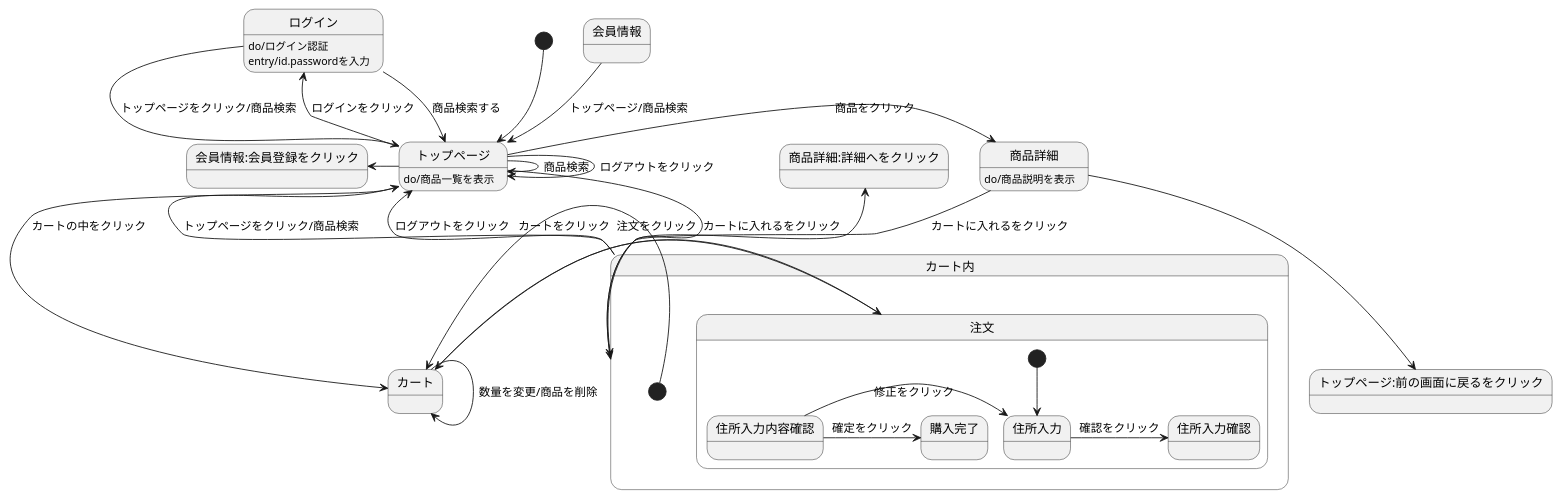
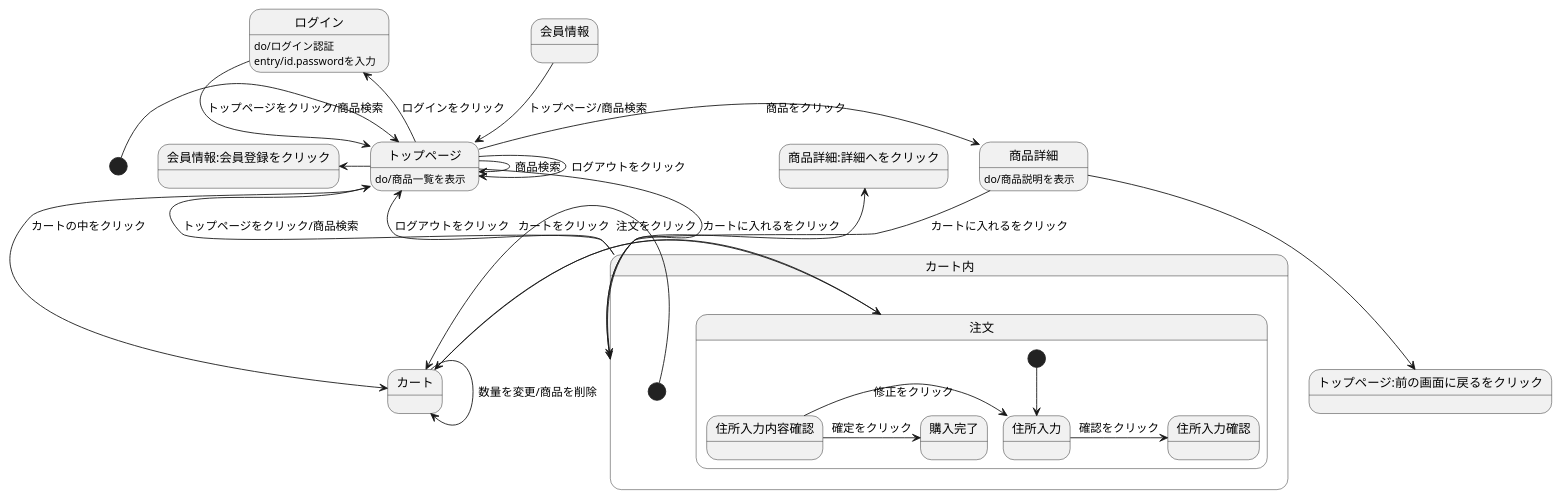
Before and after one commit to Aso2001183/2021sys-design: the diagram in stm01.md, drawn with PlantUML.

````diff
--- a/stm01.md
+++ b/stm01.md
@@ -1,38 +1,37 @@
 ```uml
 @startuml
 
-[*] --> トップページ
+[*] -> トップページ
 会員情報 --> トップページ : トップページ/商品検索
 ログイン --> トップページ : トップページをクリック/商品検索
 ログイン : do/ログイン認証
 ログイン : entry/id.passwordを入力
 トップページ --> トップページ :ログアウトをクリック
 トップページ -> トップページ :商品検索
 トップページ -> 商品詳細 :商品をクリック
 トップページ -left-> 会員情報:会員登録をクリック 
 トップページ -left-> ログイン :ログインをクリック
 トップページ --> カート内: カートに入れるをクリック
-ログイン -> トップページ : 商品検索する
 トップページ --> カート : カートの中をクリック
 トップページ :do/商品一覧を表示
 商品詳細 --> カート内: カートに入れるをクリック
 商品詳細 --> トップページ:前の画面に戻るをクリック
 商品詳細 :do/商品説明を表示
 カート内 -up-> トップページ: トップページをクリック/商品検索
 カート内 -up-> トップページ: ログアウトをクリック
 カート内 -up-> 商品詳細:詳細へをクリック
 
 state カート内{
 [*] --> カート
 カート -> 注文 : 注文をクリック
 カート -> カート : 数量を変更/商品を削除
 注文 -> カート : カートをクリック
 state 注文{
 [*] --> 住所入力
 住所入力 -> 住所入力確認 : 確認をクリック
 住所入力内容確認 -> 住所入力 : 修正をクリック
 住所入力内容確認 -> 購入完了 : 確定をクリック
 }
 }
 @enduml
 ```
````
